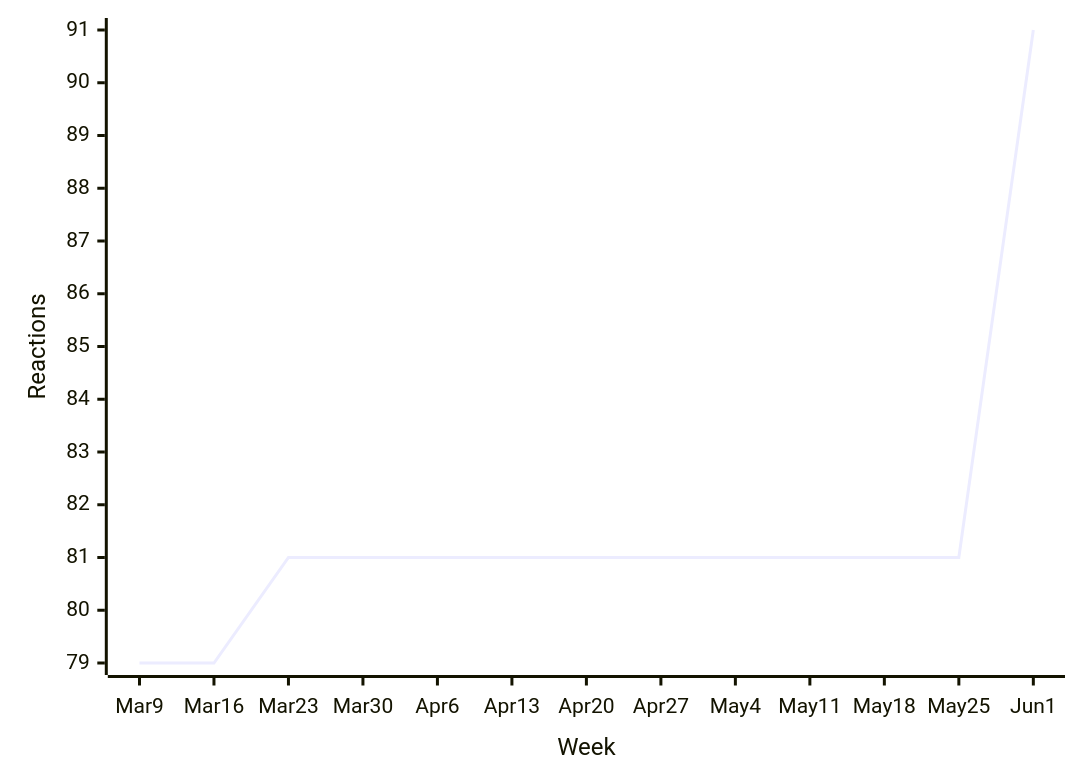
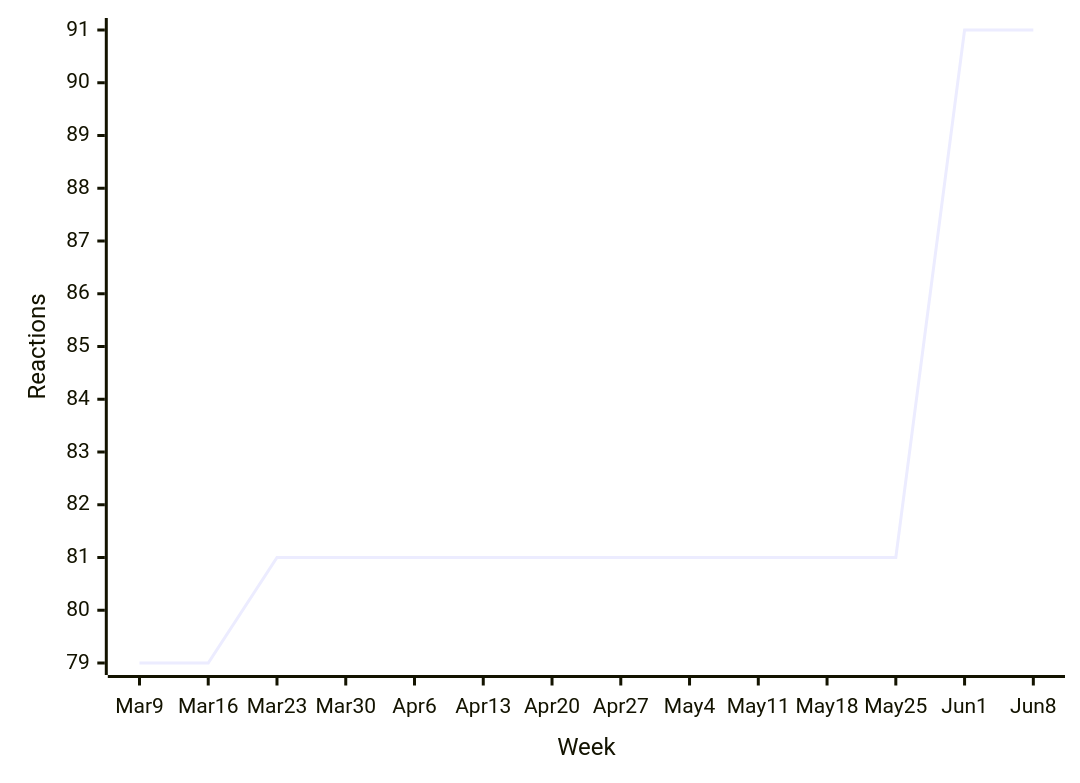
The ninth of 44 diagrams in README.md (loic-sharma/github-insights), drawn with Mermaid before and after one commit. The commit also changed other lines of this file and 3 other files, not shown here.

````diff
--- a/README.md
+++ b/README.md
@@ -475,6 +475,6 @@
   ```mermaid
   xychart-beta
-    x-axis "Week" [Mar 9, Mar 16, Mar 23, Mar 30, Apr 6, Apr 13, Apr 20, Apr 27, May 4, May 11, May 18, May 25, Jun 1]
+    x-axis "Week" [Mar 9, Mar 16, Mar 23, Mar 30, Apr 6, Apr 13, Apr 20, Apr 27, May 4, May 11, May 18, May 25, Jun 1, Jun 8]
     y-axis "Reactions"
-    line [79, 79, 81, 81, 81, 81, 81, 81, 81, 81, 81, 81, 91]
+    line [79, 79, 81, 81, 81, 81, 81, 81, 81, 81, 81, 81, 91, 91]
   ```
````
